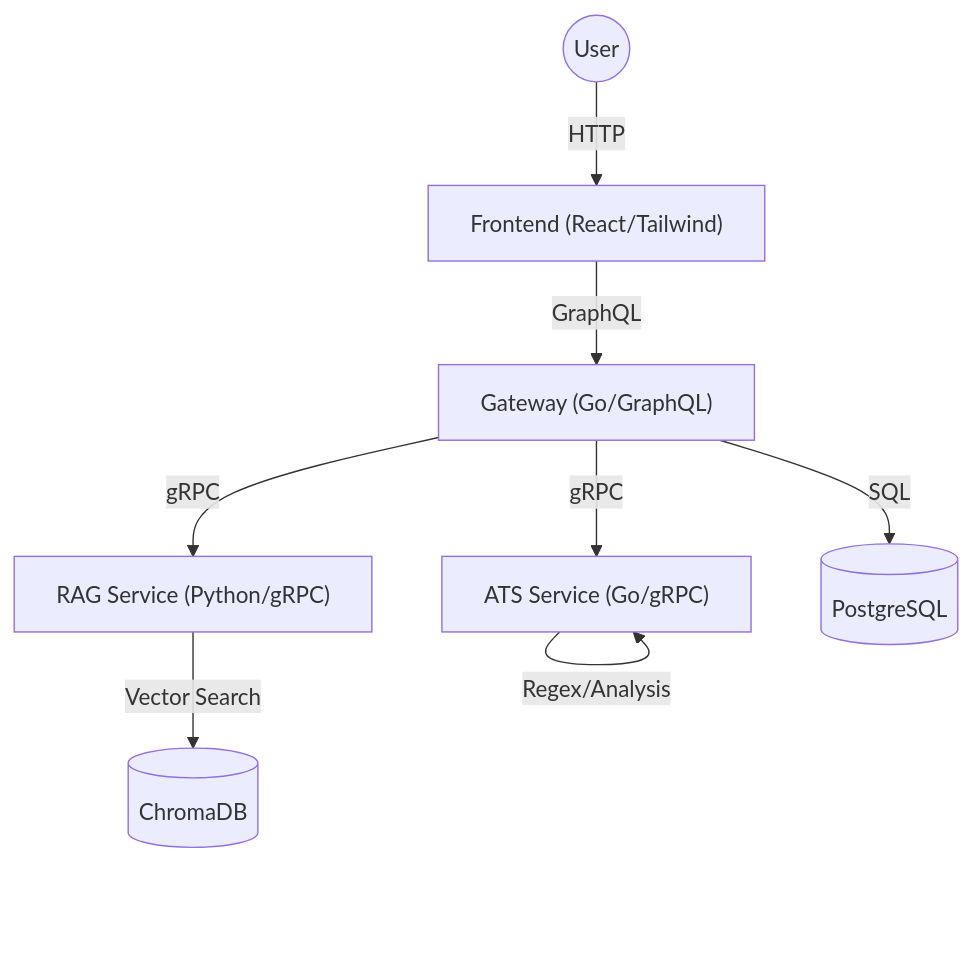
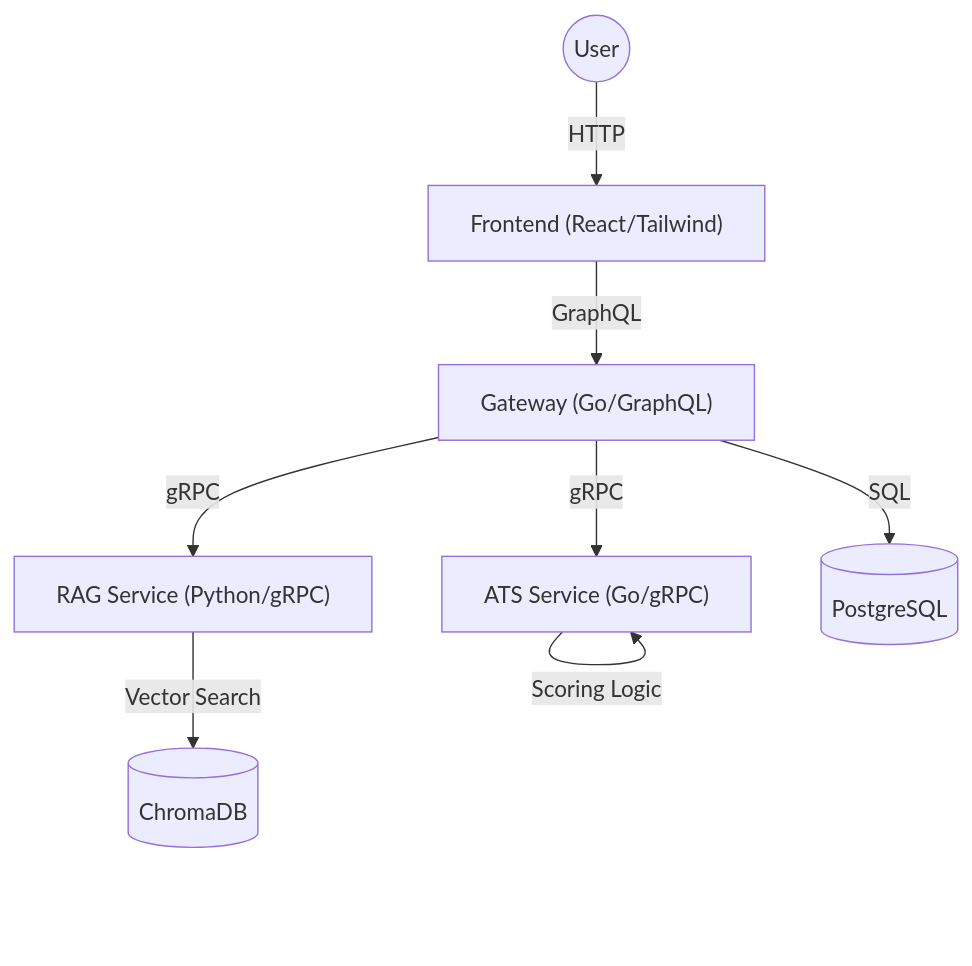
The diagram in README.md (Kal-T/iProtoResume), drawn with Mermaid before and after one commit. The commit also changed other lines of this file, not shown here.

Commit message:
docs: Update README with new features and architecture

````diff
--- a/README.md
+++ b/README.md
@@ -17,18 +28,18 @@
 ```mermaid
 graph TD
     User((User))
     FE["Frontend (React/Tailwind)"]
     GW["Gateway (Go/GraphQL)"]
     RAG["RAG Service (Python/gRPC)"]
     ATS["ATS Service (Go/gRPC)"]
     DB[(PostgreSQL)]
     VecDB[(ChromaDB)]
 
     User -->|HTTP| FE
     FE -->|GraphQL| GW
     GW -->|gRPC| RAG
     GW -->|gRPC| ATS
     RAG -->|Vector Search| VecDB
-    ATS -->|Regex/Analysis| ATS
+    ATS -->|Scoring Logic| ATS
     GW -->|SQL| DB
 ```
````
